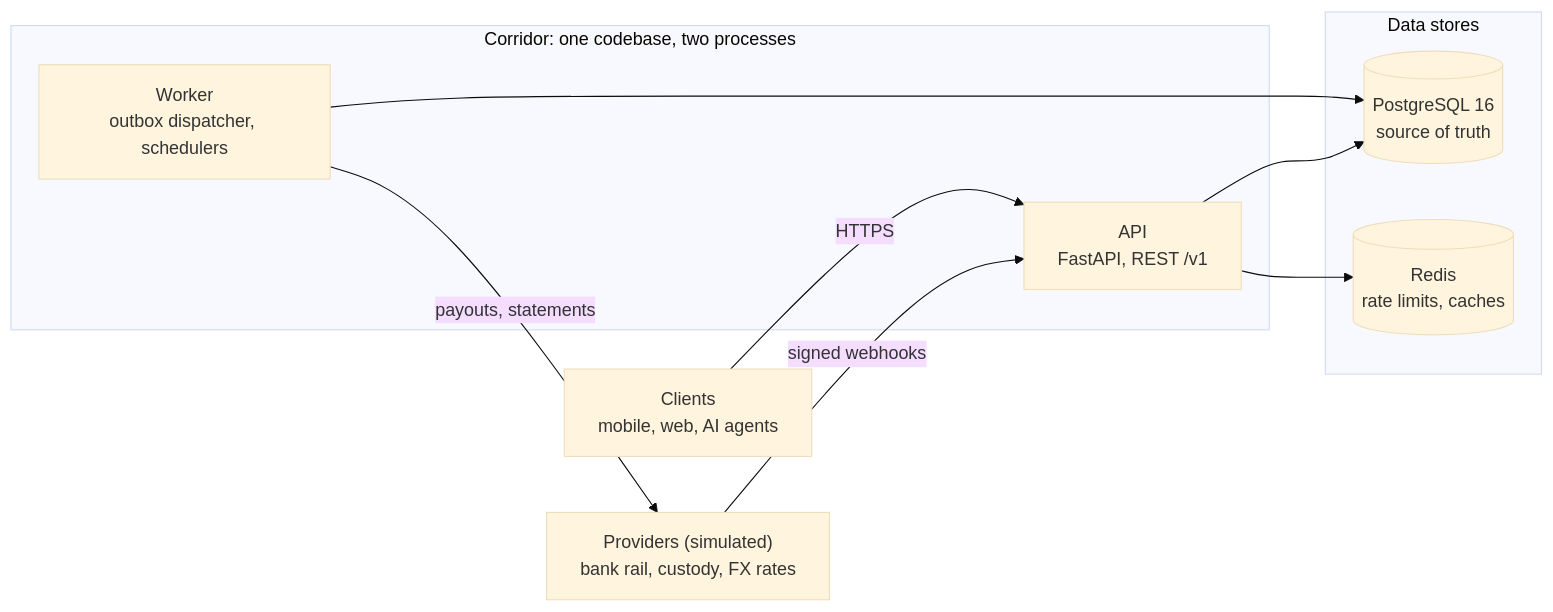
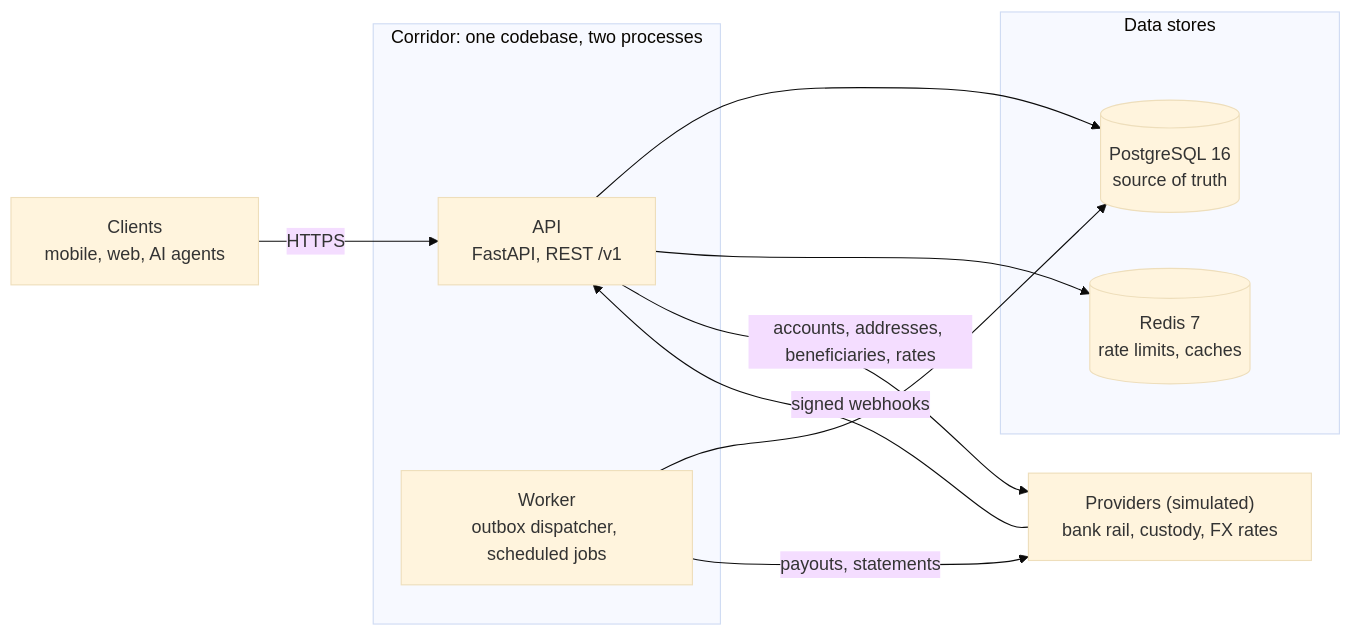
One commit to AaronJAdler/corridor changed the first of 8 diagrams in docs/architecture.md. Above: the diagram before and after it, drawn with Mermaid (base theme). The commit also changed other lines of this file and 27 other files, not shown here.

````diff
--- a/docs/architecture.md
+++ b/docs/architecture.md
@@ -88,23 +94,24 @@
 ```mermaid
 flowchart LR
     clients["Clients<br/>mobile, web, AI agents"]
 
     subgraph corridor["Corridor: one codebase, two processes"]
         api["API<br/>FastAPI, REST /v1"]
-        worker["Worker<br/>outbox dispatcher, schedulers"]
+        worker["Worker<br/>outbox dispatcher, scheduled jobs"]
     end
 
     subgraph stores["Data stores"]
         pg[("PostgreSQL 16<br/>source of truth")]
-        redis[("Redis<br/>rate limits, caches")]
+        redis[("Redis 7<br/>rate limits, caches")]
     end
 
     providers["Providers (simulated)<br/>bank rail, custody, FX rates"]
 
     clients -- "HTTPS" --> api
     api --> pg
     api --> redis
+    api -- "accounts, addresses, beneficiaries, rates" --> providers
     worker --> pg
     worker -- "payouts, statements" --> providers
     providers -- "signed webhooks" --> api
 ```
````
